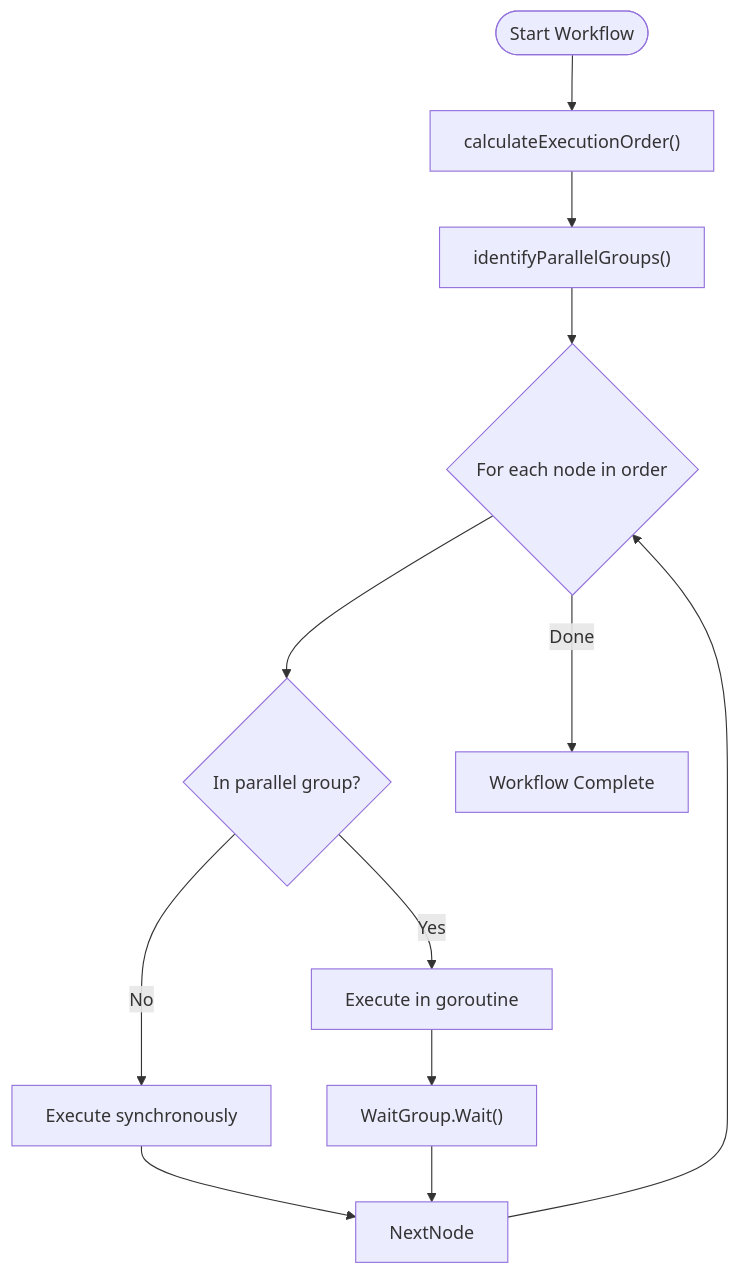
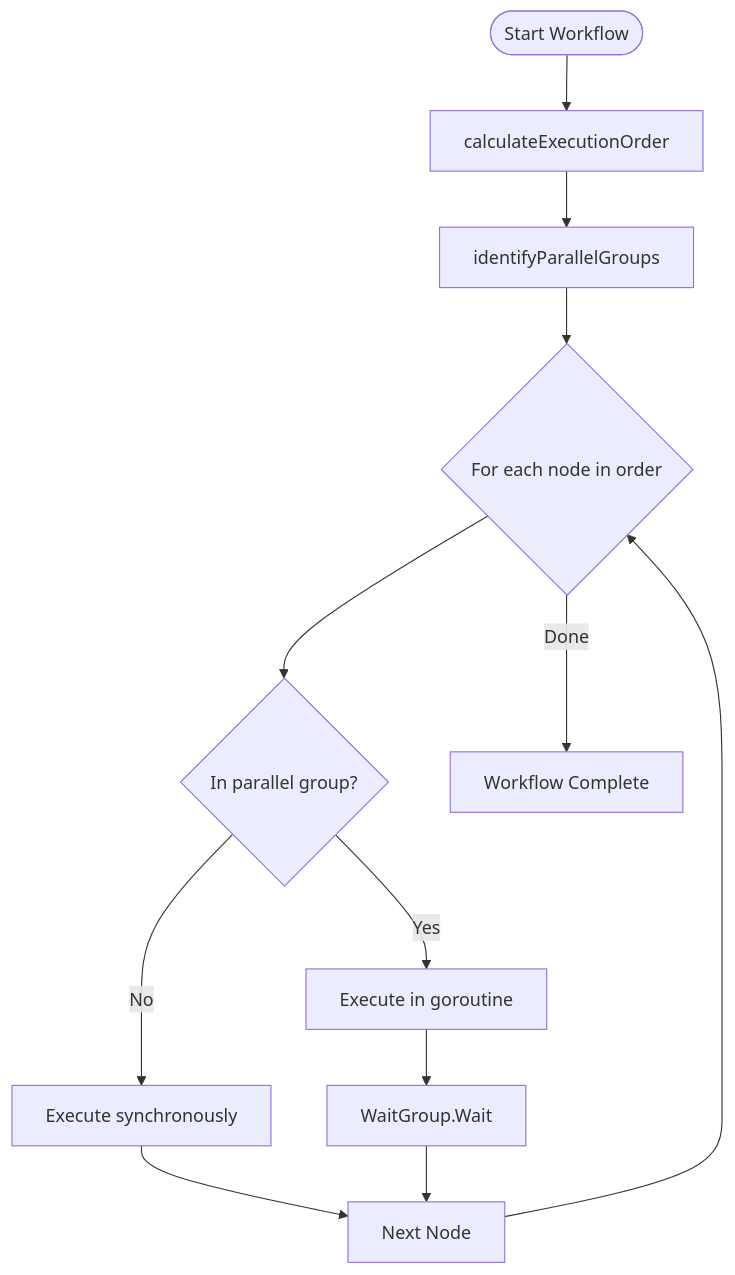
The fourth of 5 diagrams in docs/Core Services/DSL Processing.md (prxs-ai/praxis-go-sdk), drawn with Mermaid before and after one commit. The commit also changed other lines of this file and 33 other files, not shown here.

````diff
--- a/docs/Core Services/DSL Processing.md
+++ b/docs/Core Services/DSL Processing.md
@@ -187,14 +187,14 @@
 ```mermaid
 flowchart TD
-StartPlan([Start Workflow]) --> Order["calculateExecutionOrder()"]
-Order --> Group["identifyParallelGroups()"]
+StartPlan([Start Workflow]) --> Order[calculateExecutionOrder]
+Order --> Group[identifyParallelGroups]
 Group --> LoopNode{For each node in order}
 LoopNode --> IsParallel{In parallel group?}
-IsParallel --> |Yes| Fork["Execute in goroutine"]
-IsParallel --> |No| Exec["Execute synchronously"]
-Fork --> Wait["WaitGroup.Wait()"]
-Exec --> NextNode
+IsParallel -->|Yes| Fork[Execute in goroutine]
+IsParallel -->|No| Exec[Execute synchronously]
+Fork --> Wait[WaitGroup.Wait]
+Exec --> NextNode[Next Node]
 Wait --> NextNode
 NextNode --> LoopNode
-LoopNode --> |Done| Complete["Workflow Complete"]
+LoopNode -->|Done| Complete[Workflow Complete]
 ```
````
